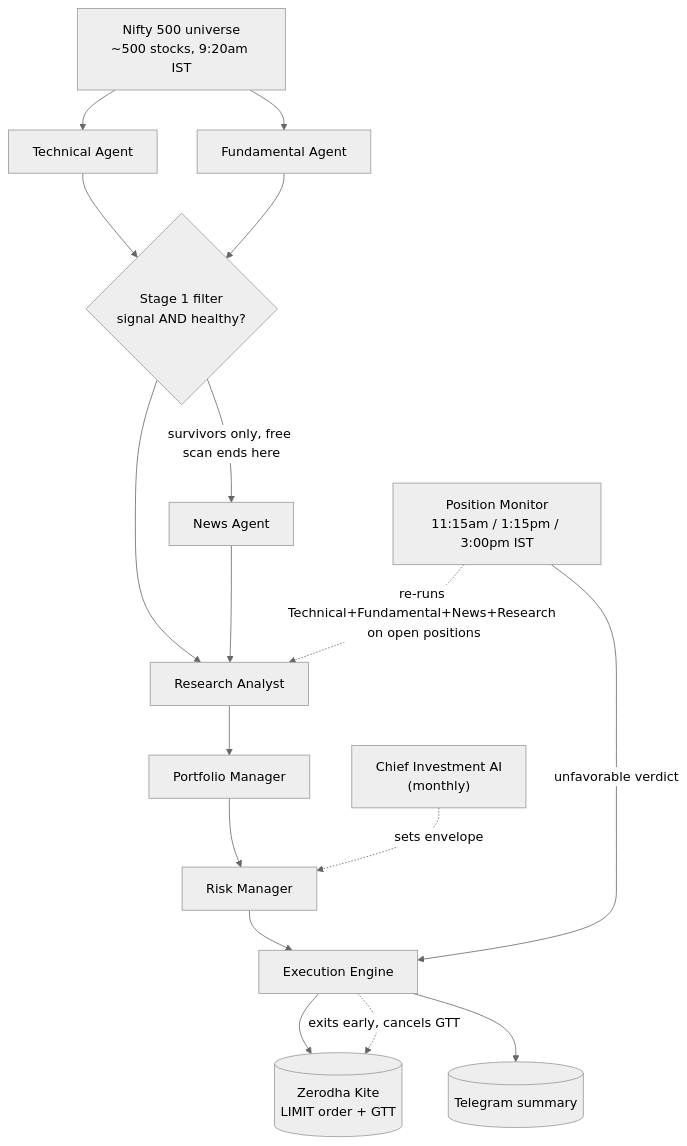
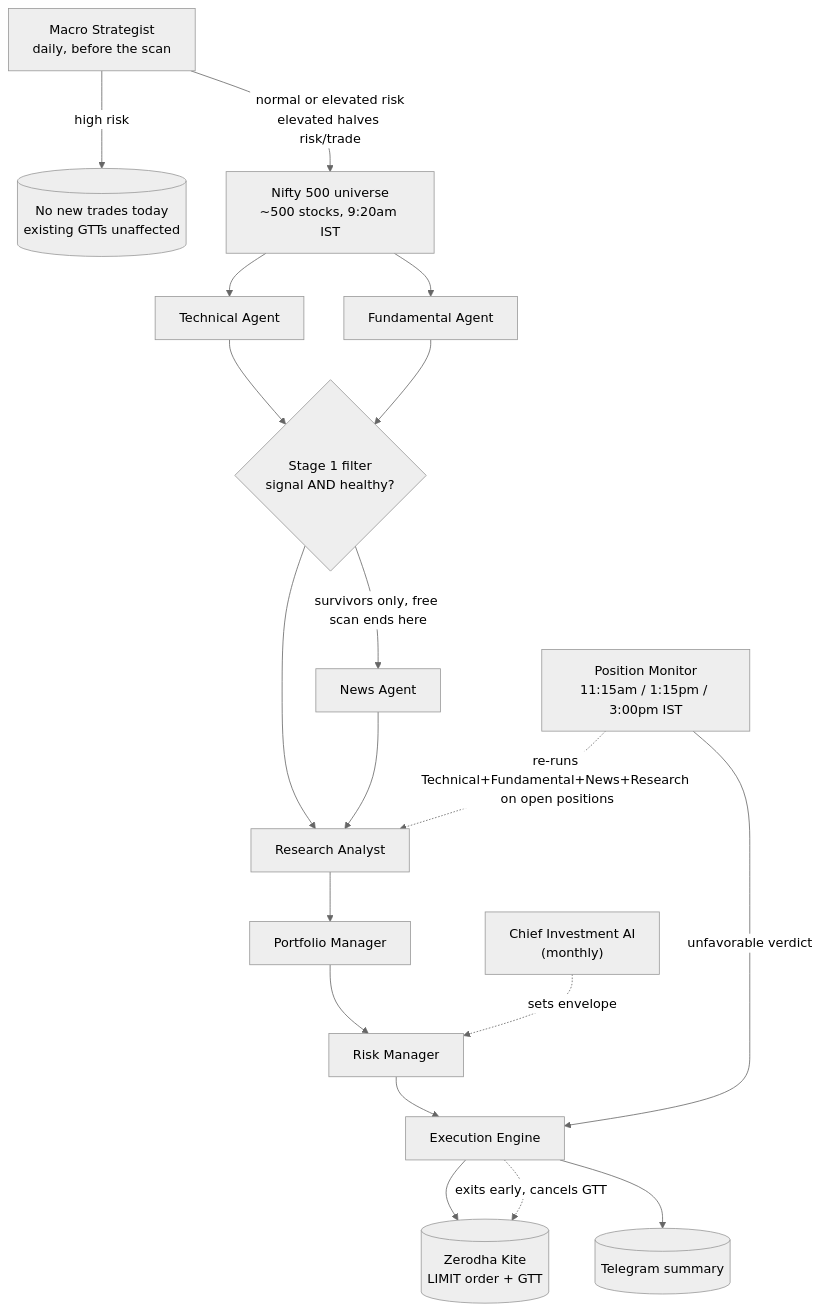
One commit to surajsurana/StockTradingBot changed the diagram in AGENT_STRUCTURE.md. Above: the diagram before and after it, drawn with Mermaid (neutral theme). The commit also changed other lines of this file and 4 other files, not shown here.

````diff
--- a/AGENT_STRUCTURE.md
+++ b/AGENT_STRUCTURE.md
@@ -30,22 +31,24 @@
 ```mermaid
 flowchart TD
-    U["Nifty 500 universe<br/>~500 stocks, 9:20am IST"]
+    MACRO["Macro Strategist<br/>daily, before the scan"]
+    MACRO -->|high risk| SKIP[("No new trades today<br/>existing GTTs unaffected")]
+    MACRO -->|normal or elevated risk<br/>elevated halves risk/trade| U["Nifty 500 universe<br/>~500 stocks, 9:20am IST"]
     U --> TECH[Technical Agent]
     U --> FUND[Fundamental Agent]
     TECH --> S1{"Stage 1 filter<br/>signal AND healthy?"}
     FUND --> S1
     S1 -->|survivors only, free scan ends here| NEWS[News Agent]
     S1 --> RESEARCH[Research Analyst]
     NEWS --> RESEARCH
     RESEARCH --> PM[Portfolio Manager]
     PM --> RM[Risk Manager]
     CIO["Chief Investment AI<br/>(monthly)"] -.sets envelope.-> RM
     RM --> EXEC[Execution Engine]
     EXEC --> KITE[("Zerodha Kite<br/>LIMIT order + GTT")]
     EXEC --> TG[("Telegram summary")]
 
     MON["Position Monitor<br/>11:15am / 1:15pm / 3:00pm IST"]
     MON -.re-runs Technical+Fundamental+News+Research on open positions.-> RESEARCH
     MON -->|unfavorable verdict| EXEC
     EXEC -.exits early, cancels GTT.-> KITE
 ```
````
